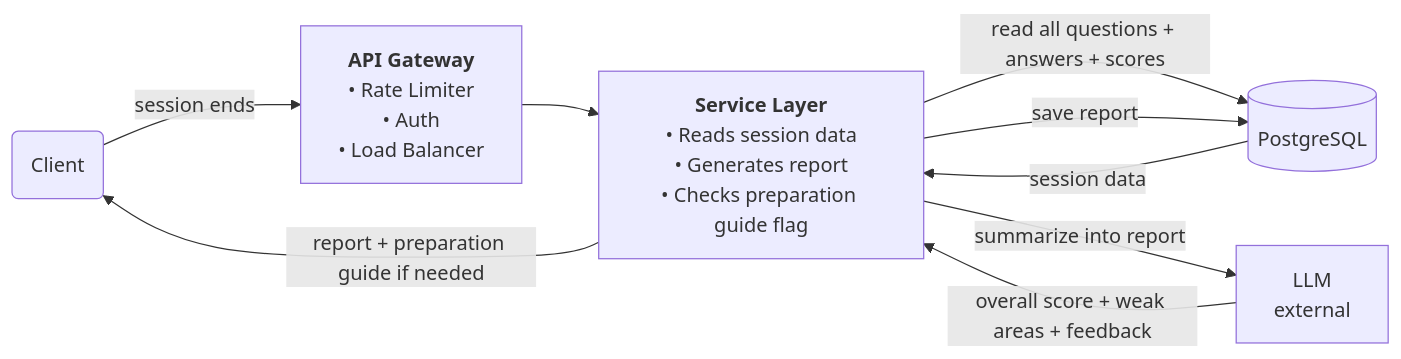
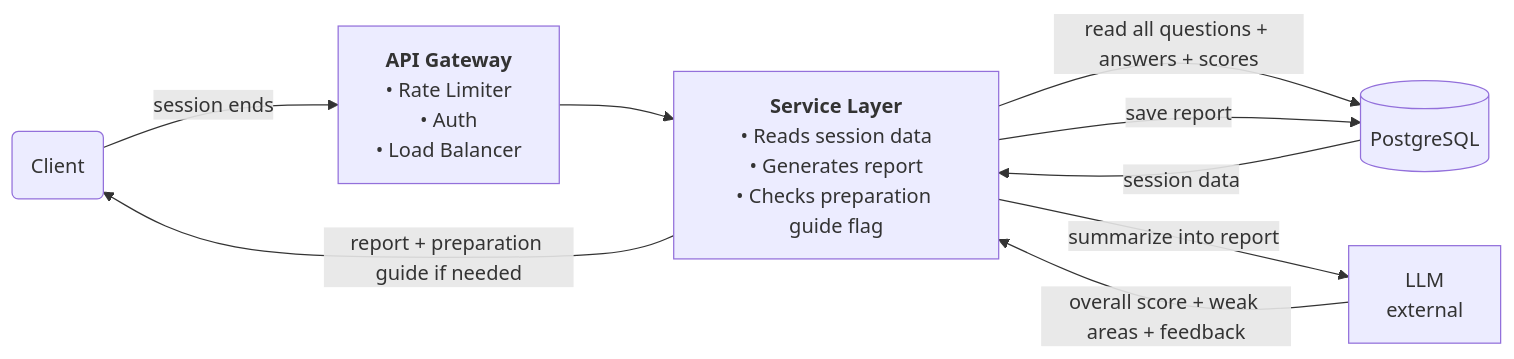
One commit to shivam-tamboli/GrillMyProject changed the fourth of 4 diagrams in SYSTEM_DESIGN.md. Above: the diagram before and after it, drawn with Mermaid. The commit also changed other lines of this file, not shown here.

Commit message:
add diagram spacing and update component breakdown

````diff
--- a/SYSTEM_DESIGN.md
+++ b/SYSTEM_DESIGN.md
@@ -430,17 +432,18 @@
 ```mermaid
+%%{init: {'flowchart': {'nodeSpacing': 50, 'rankSpacing': 80}}}%%
 flowchart LR
     Client(Client)
     GW["<b>API Gateway</b><br/>• Rate Limiter<br/>• Auth<br/>• Load Balancer"]
     SVC["<b>Service Layer</b><br/>• Reads session data<br/>• Generates report<br/>• Checks preparation guide flag"]
     LLM["LLM<br/>external"]
     PG[(PostgreSQL)]
 
     Client -->|session ends| GW
     GW --> SVC
     SVC -->|read all questions + answers + scores| PG
     PG -->|session data| SVC
     SVC -->|summarize into report| LLM
     LLM -->|overall score + weak areas + feedback| SVC
     SVC -->|save report| PG
     SVC -->|report + preparation guide if needed| Client
 ```
````
